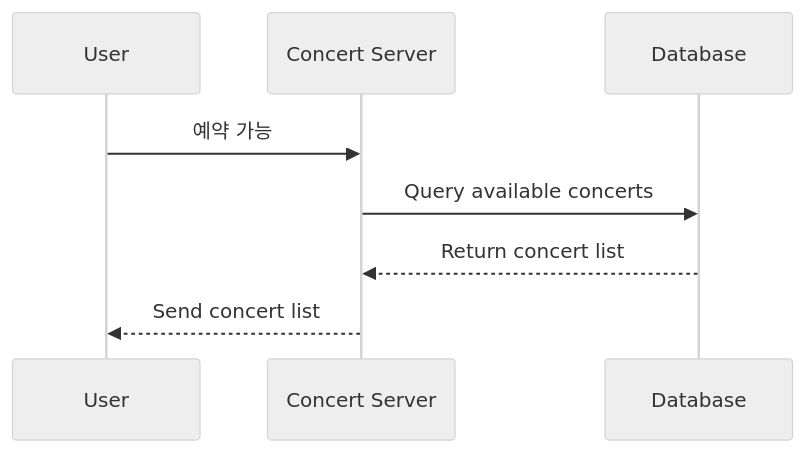
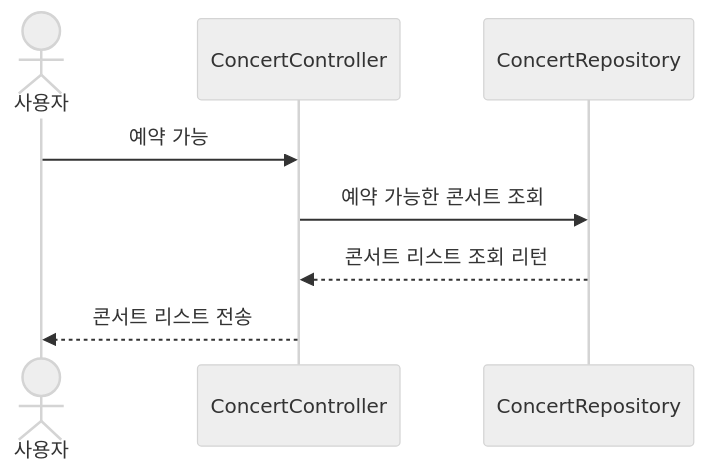
The second of 6 diagrams in README.md (danykim57/concert), drawn with Mermaid (neutral theme) before and after one commit. The commit also changed other lines of this file, not shown here.

````diff
--- a/README.md
+++ b/README.md
@@ -98,11 +97,11 @@
 ```mermaid
 sequenceDiagram
-    participant User as User
-    participant Server as Concert Server
-    participant DB as Database
+    actor User as 사용자
+    participant Server as ConcertController
+    participant DB as ConcertRepository
 
     User->>Server: 예약 가능 
-    Server->>DB: Query available concerts
-    DB-->>Server: Return concert list
-    Server-->>User: Send concert list
+    Server->>DB: 예약 가능한 콘서트 조회
+    DB-->>Server: 콘서트 리스트 조회 리턴
+    Server-->>User: 콘서트 리스트 전송
 ```
````
